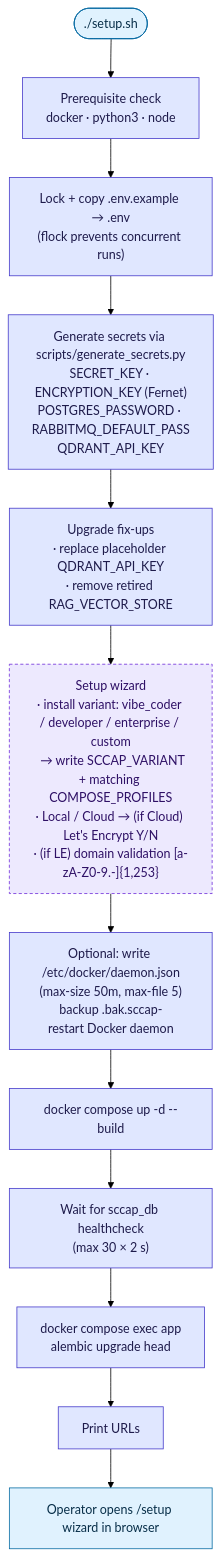
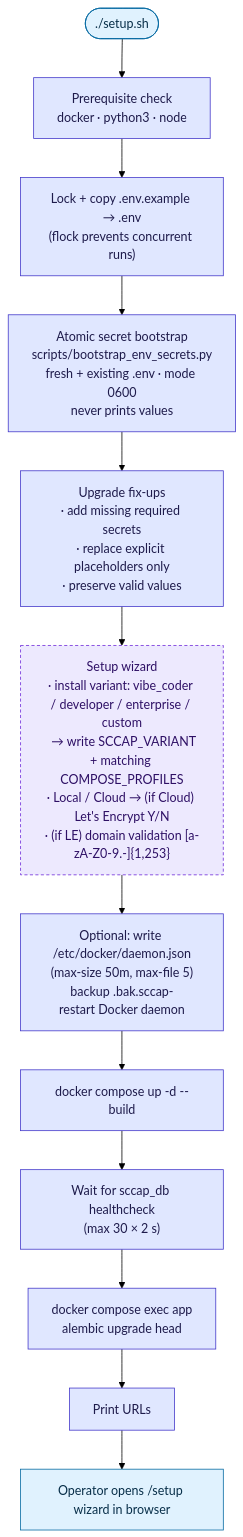
One commit to nerdy-krishna/ai-secure-coding-compliance-platform changed the second of 2 diagrams in docs/docs/architecture/diagrams/12-infrastructure-deployment.md. Above: the diagram before and after it, drawn with Mermaid (forest theme). The commit also changed other lines of this file and 405 other files, not shown here.

````diff
--- a/docs/docs/architecture/diagrams/12-infrastructure-deployment.md
+++ b/docs/docs/architecture/diagrams/12-infrastructure-deployment.md
@@ -115,21 +115,21 @@
 ```mermaid
 flowchart TB
     S0([./setup.sh]):::edge
     S1["Prerequisite check<br/>docker · python3 · node"]:::app
     S2["Lock + copy .env.example → .env<br/>(flock prevents concurrent runs)"]:::app
-    S3["Generate secrets via scripts/generate_secrets.py<br/>SECRET_KEY · ENCRYPTION_KEY (Fernet)<br/>POSTGRES_PASSWORD · RABBITMQ_DEFAULT_PASS<br/>QDRANT_API_KEY"]:::app
-    S4["Upgrade fix-ups<br/>· replace placeholder QDRANT_API_KEY<br/>· remove retired RAG_VECTOR_STORE"]:::app
+    S3["Atomic secret bootstrap<br/>scripts/bootstrap_env_secrets.py<br/>fresh + existing .env · mode 0600<br/>never prints values"]:::app
+    S4["Upgrade fix-ups<br/>· add missing required secrets<br/>· replace explicit placeholders only<br/>· preserve valid values"]:::app
     S5["Setup wizard<br/>· install variant: vibe_coder / developer / enterprise / custom<br/>  → write SCCAP_VARIANT + matching COMPOSE_PROFILES<br/>· Local / Cloud → (if Cloud) Let's Encrypt Y/N<br/>· (if LE) domain validation [a-zA-Z0-9.-]{1,253}"]:::gate
     S6["Optional: write /etc/docker/daemon.json<br/>(max-size 50m, max-file 5)<br/>backup .bak.sccap-<ts><br/>restart Docker daemon"]:::app
     S7["docker compose up -d --build"]:::app
     S8["Wait for sccap_db healthcheck<br/>(max 30 × 2 s)"]:::app
     S9["docker compose exec app<br/>alembic upgrade head"]:::app
     S10["Print URLs"]:::app
     S11["Operator opens /setup wizard in browser"]:::edge
 
     S0 --> S1 --> S2 --> S3 --> S4 --> S5 --> S6 --> S7 --> S8 --> S9 --> S10 --> S11
 
     classDef app  fill:#e0e7ff,stroke:#4338ca,color:#1e1b4b;
     classDef edge fill:#e0f2fe,stroke:#0369a1,color:#082f49;
     classDef gate fill:#ede9fe,stroke:#6d28d9,color:#2e1065,stroke-dasharray: 4 3;
 ```
````
